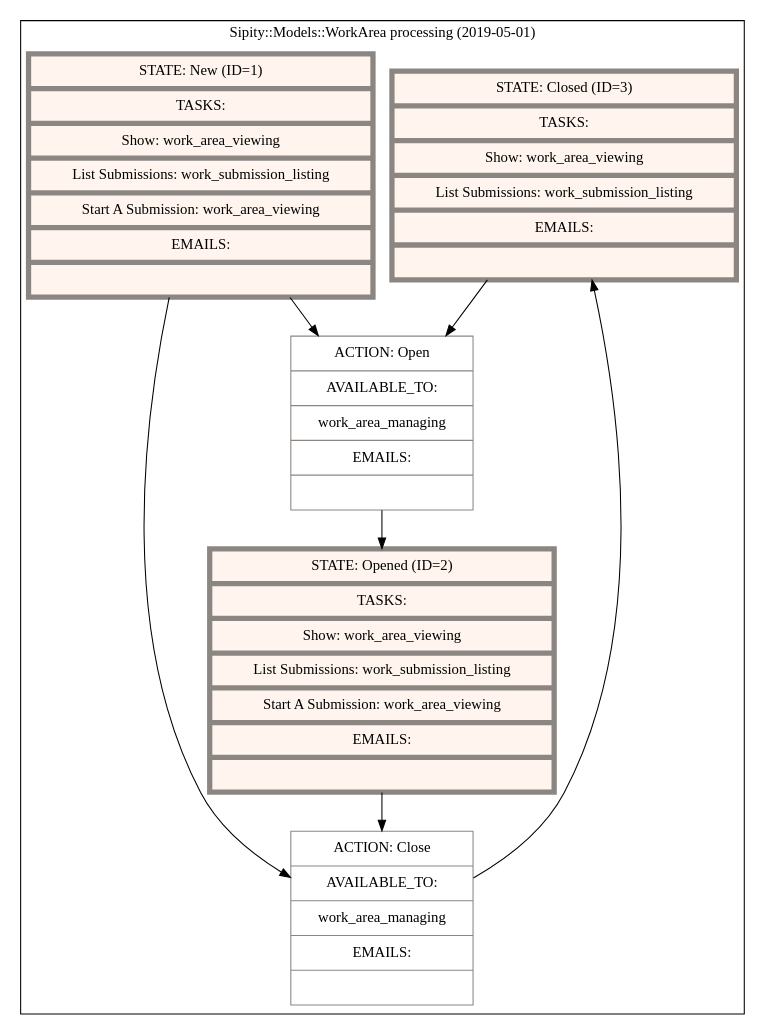
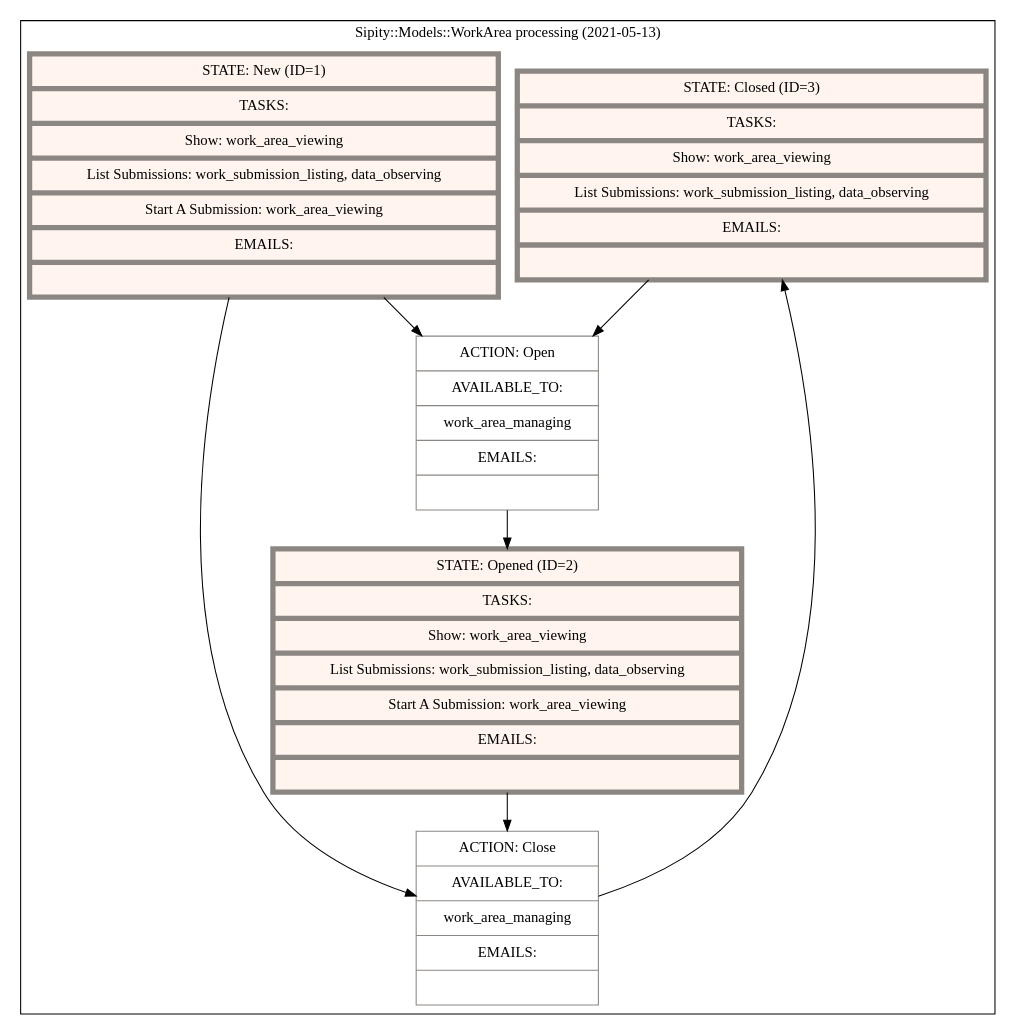
Before and after one commit to ndlib/sipity: the diagram in artifacts/state_machines/sipity_models_work_area_processing.dot, drawn with Graphviz. The commit also changed 48 other files, not shown here.

```diff
--- a/artifacts/state_machines/sipity_models_work_area_processing.dot
+++ b/artifacts/state_machines/sipity_models_work_area_processing.dot
@@ -1,27 +1,27 @@
 digraph "G" {
   compound=true;
   node[color="grey15" margin="0.15, 0.125"];
   subgraph cluster_0 {
-    label="Sipity::Models::WorkArea processing (2019-05-01)"
+    label="Sipity::Models::WorkArea processing (2021-05-13)"
     node[style=filled fillcolor=white color="seashell4"]
     subgraph 0 {
       label="States";
       node[shape="record" fillcolor="seashell1" penwidth=5]
-      state_closed [label="{ STATE: Closed (ID=3)| TASKS: | Show: work_area_viewing | List Submissions: work_submission_listing | EMAILS: |  }"]
-      state_new [label="{ STATE: New (ID=1)| TASKS: | Show: work_area_viewing | List Submissions: work_submission_listing | Start A Submission: work_area_viewing | EMAILS: |  }"]
-      state_opened [label="{ STATE: Opened (ID=2)| TASKS: | Show: work_area_viewing | List Submissions: work_submission_listing | Start A Submission: work_area_viewing | EMAILS: |  }"]
+      state_closed [label="{ STATE: Closed (ID=3)| TASKS: | Show: work_area_viewing | List Submissions: work_submission_listing, data_observing | EMAILS: |  }"]
+      state_new [label="{ STATE: New (ID=1)| TASKS: | Show: work_area_viewing | List Submissions: work_submission_listing, data_observing | Start A Submission: work_area_viewing | EMAILS: |  }"]
+      state_opened [label="{ STATE: Opened (ID=2)| TASKS: | Show: work_area_viewing | List Submissions: work_submission_listing, data_observing | Start A Submission: work_area_viewing | EMAILS: |  }"]
     }
     subgraph 1 {
       label="Actions"
       node[shape="record" shape=record penwidth=1]
         action_open [label="{ ACTION: Open | AVAILABLE_TO: | work_area_managing | EMAILS: |  }"]
         action_close [label="{ ACTION: Close | AVAILABLE_TO: | work_area_managing | EMAILS: |  }"]
     }
       state_closed -> action_open
       action_open -> state_opened
       state_new -> action_open
       state_new -> action_close
       action_close -> state_closed
       state_opened -> action_close
   }
 }
```
